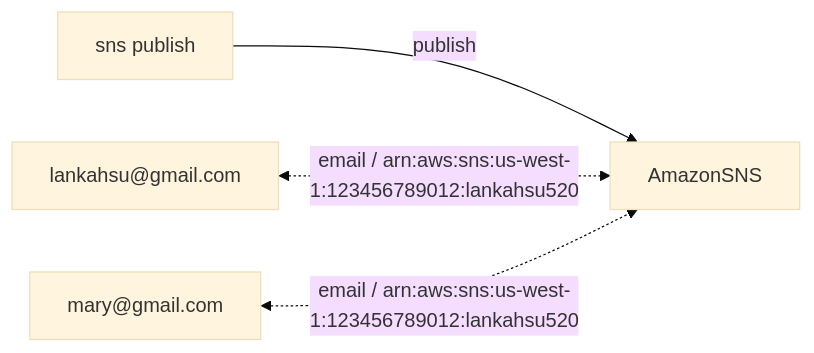
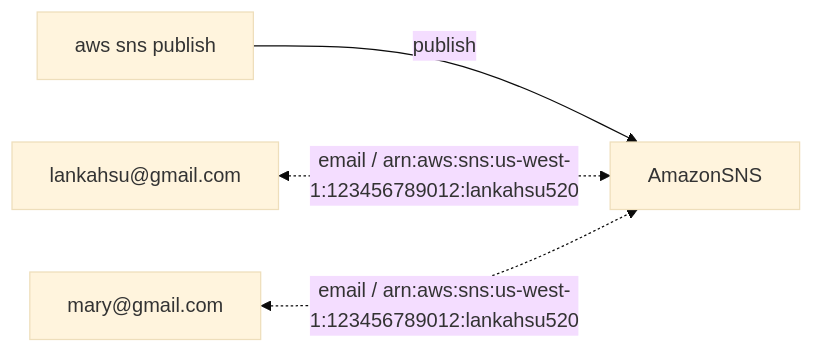
The fourth of 4 diagrams in helper_AWS-CLI.md (lankahsu520/HelperX), drawn with Mermaid (base theme) before and after one commit. The commit also changed other lines of this file, not shown here.

````diff
--- a/helper_AWS-CLI.md
+++ b/helper_AWS-CLI.md
@@ -420,12 +489,12 @@
 ```mermaid
 flowchart LR
-	awsCli[sns publish]
+	awsCli[aws sns publish]
 	Lanka["lankahsu@gmail.com"]
 	Mary["mary@gmail.com"]
 
 	AmazonSNS[AmazonSNS]
 
 	awsCli --> |publish| AmazonSNS
 	Lanka <-.-> | email / arn:aws:sns:us-west-1:123456789012:lankahsu520| AmazonSNS
 	Mary <-.-> | email / arn:aws:sns:us-west-1:123456789012:lankahsu520| AmazonSNS
 ```
````
